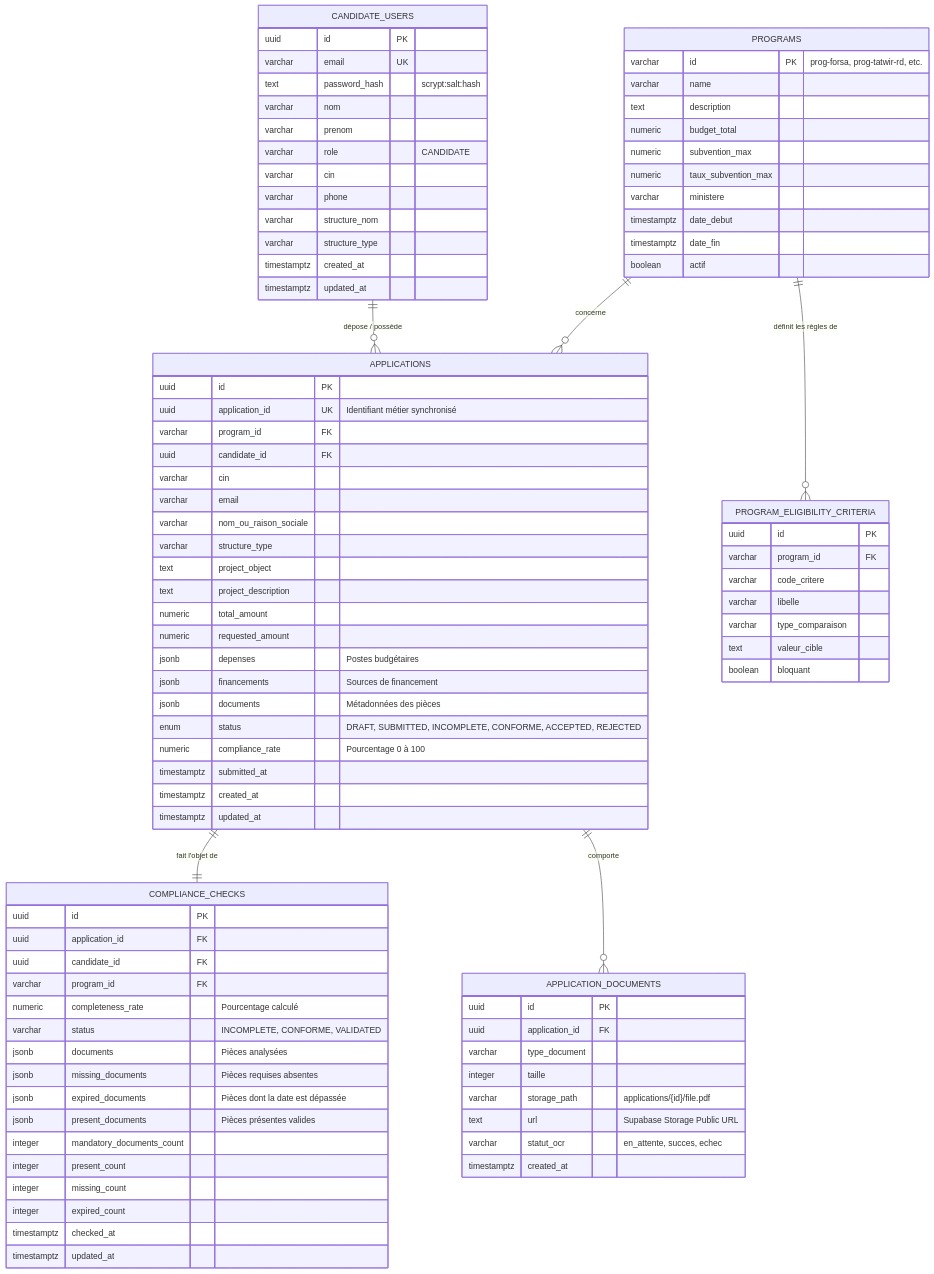
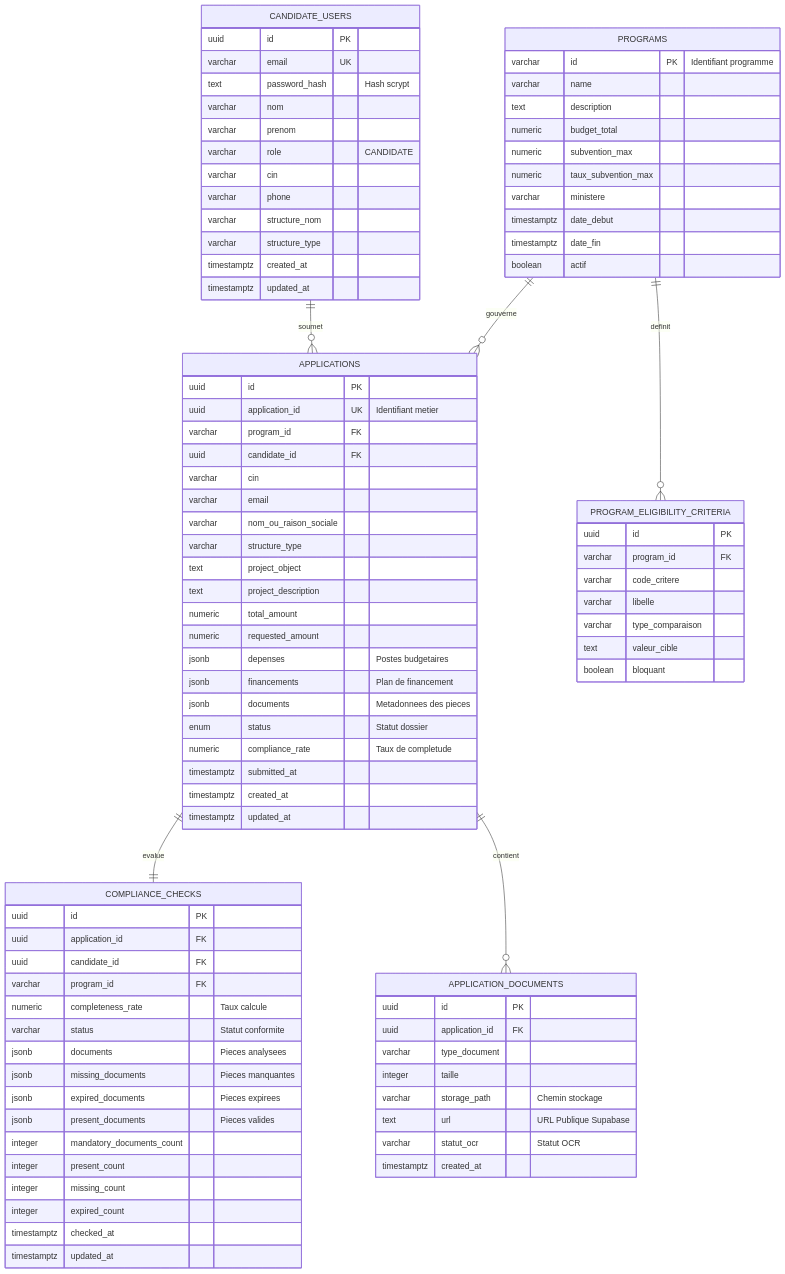
Before and after one commit to iammohcinefrikh/subverifpro: the fourth of 6 diagrams in espace-candidature/DOCUMENTATION.md, drawn with Mermaid. The commit also changed other lines of this file, not shown here.

Commit message:
fix(docs): sanitize all Mermaid diagrams for full GitHub markdown renderer compatibility

````diff
--- a/espace-candidature/DOCUMENTATION.md
+++ b/espace-candidature/DOCUMENTATION.md
@@ -183,15 +183,15 @@
 ```mermaid
 erDiagram
-    CANDIDATE_USERS ||--o{ APPLICATIONS : "dépose / possède"
-    PROGRAMS ||--o{ APPLICATIONS : "concerne"
-    PROGRAMS ||--o{ PROGRAM_ELIGIBILITY_CRITERIA : "définit les règles de"
-    APPLICATIONS ||--|| COMPLIANCE_CHECKS : "fait l'objet de"
-    APPLICATIONS ||--o{ APPLICATION_DOCUMENTS : "comporte"
+    CANDIDATE_USERS ||--o{ APPLICATIONS : "soumet"
+    PROGRAMS ||--o{ APPLICATIONS : "gouverne"
+    PROGRAMS ||--o{ PROGRAM_ELIGIBILITY_CRITERIA : "definit"
+    APPLICATIONS ||--|| COMPLIANCE_CHECKS : "evalue"
+    APPLICATIONS ||--o{ APPLICATION_DOCUMENTS : "contient"
 
     CANDIDATE_USERS {
         uuid id PK
         varchar email UK
-        text password_hash "scrypt:salt:hash"
+        text password_hash "Hash scrypt"
         varchar nom
         varchar prenom
         varchar role "CANDIDATE"
@@ -204,7 +204,7 @@
     }
 
     PROGRAMS {
-        varchar id PK "prog-forsa, prog-tatwir-rd, etc."
+        varchar id PK "Identifiant programme"
         varchar name
         text description
         numeric budget_total
@@ -228,7 +228,7 @@
 
     APPLICATIONS {
         uuid id PK
-        uuid application_id UK "Identifiant métier synchronisé"
+        uuid application_id UK "Identifiant metier"
         varchar program_id FK
         uuid candidate_id FK
         varchar cin
@@ -239,11 +239,11 @@
         text project_description
         numeric total_amount
         numeric requested_amount
-        jsonb depenses "Postes budgétaires"
-        jsonb financements "Sources de financement"
-        jsonb documents "Métadonnées des pièces"
-        enum status "DRAFT, SUBMITTED, INCOMPLETE, CONFORME, ACCEPTED, REJECTED"
-        numeric compliance_rate "Pourcentage 0 à 100"
+        jsonb depenses "Postes budgetaires"
+        jsonb financements "Plan de financement"
+        jsonb documents "Metadonnees des pieces"
+        enum status "Statut dossier"
+        numeric compliance_rate "Taux de completude"
         timestamptz submitted_at
         timestamptz created_at
         timestamptz updated_at
@@ -254,12 +254,12 @@
         uuid application_id FK
         uuid candidate_id FK
         varchar program_id FK
-        numeric completeness_rate "Pourcentage calculé"
-        varchar status "INCOMPLETE, CONFORME, VALIDATED"
-        jsonb documents "Pièces analysées"
-        jsonb missing_documents "Pièces requises absentes"
-        jsonb expired_documents "Pièces dont la date est dépassée"
-        jsonb present_documents "Pièces présentes valides"
+        numeric completeness_rate "Taux calcule"
+        varchar status "Statut conformite"
+        jsonb documents "Pieces analysees"
+        jsonb missing_documents "Pieces manquantes"
+        jsonb expired_documents "Pieces expirees"
+        jsonb present_documents "Pieces valides"
         integer mandatory_documents_count
         integer present_count
         integer missing_count
@@ -273,9 +273,9 @@
         uuid application_id FK
         varchar type_document
         integer taille
-        varchar storage_path "applications/{id}/file.pdf"
-        text url "Supabase Storage Public URL"
-        varchar statut_ocr "en_attente, succes, echec"
+        varchar storage_path "Chemin stockage"
+        text url "URL Publique Supabase"
+        varchar statut_ocr "Statut OCR"
         timestamptz created_at
     }
 ```
````
